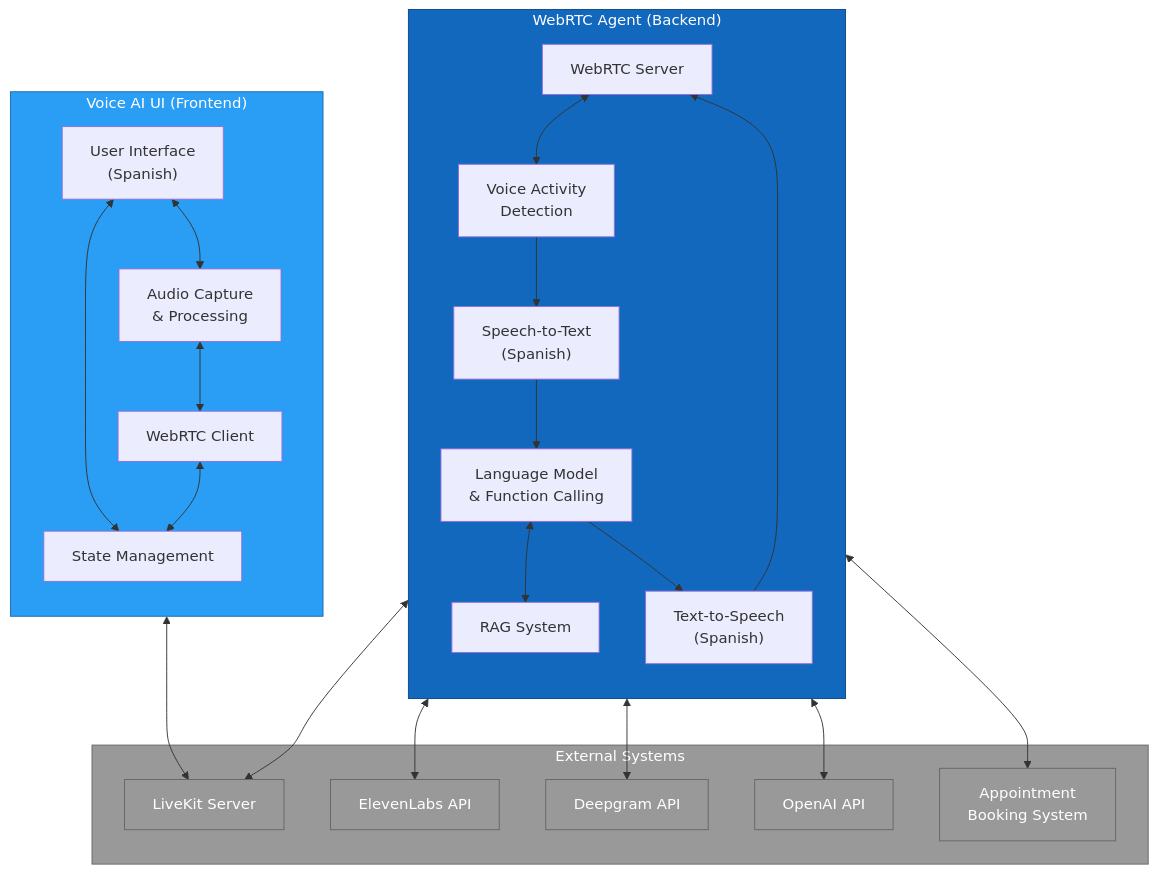
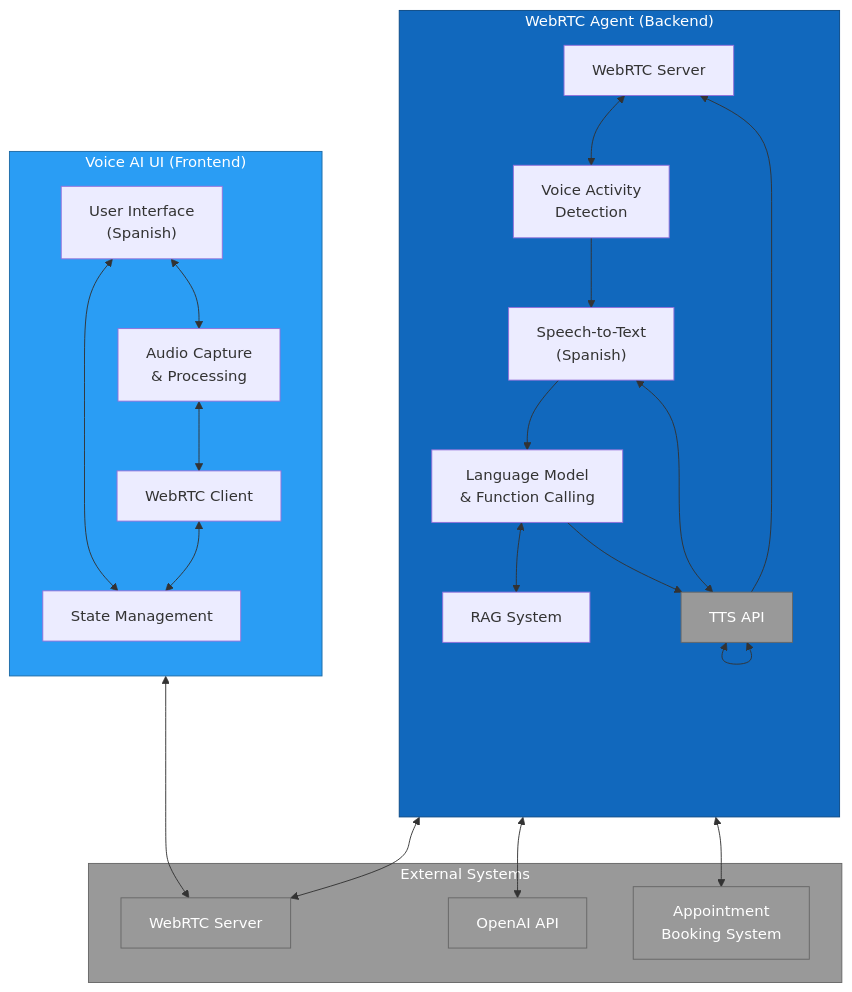
The first of 3 diagrams in docs/architecture/integration/2.5_System_Integration.md (geniaops/TainaDocs), drawn with Mermaid before and after one commit. The commit also changed other lines of this file and 17 other files, not shown here.

````diff
--- a/docs/architecture/integration/2.5_System_Integration.md
+++ b/docs/architecture/integration/2.5_System_Integration.md
@@ -13,59 +13,59 @@
 ```mermaid
 flowchart TD
     %% Main Components
     subgraph Frontend["Voice AI UI (Frontend)"]
         direction TB
         UI["User Interface\n(Spanish)"]
         WebRTCClient["WebRTC Client"]
         AudioCapture["Audio Capture\n& Processing"]
         UIState["State Management"]
         
         UI <--> UIState
         UI <--> AudioCapture
         AudioCapture <--> WebRTCClient
         WebRTCClient <--> UIState
     end
     
     subgraph Backend["WebRTC Agent (Backend)"]
         direction TB
         WebRTCServer["WebRTC Server"]
         VAD["Voice Activity\nDetection"]
         STT["Speech-to-Text\n(Spanish)"]
         LLM["Language Model\n& Function Calling"]
         TTS["Text-to-Speech\n(Spanish)"]
         RAG["RAG System"]
         
         WebRTCServer <--> VAD
         VAD --> STT
         STT --> LLM
         LLM <--> RAG
         LLM --> TTS
         TTS --> WebRTCServer
     end
     
     %% External Systems
     subgraph ExternalSystems["External Systems"]
-        LiveKit["LiveKit Server"]
-        ElevenLabs["ElevenLabs API"]
-        Deepgram["Deepgram API"]
+        WebRTC["WebRTC Server"]
+        TTS["TTS API"]
+        TTS["TTS API"]
         OpenAI["OpenAI API"]
         AppointmentSystem["Appointment\nBooking System"]
     end
     
     %% Integration Points
-    WebRTCClient <--> LiveKit
-    WebRTCServer <--> LiveKit
-    TTS <--> ElevenLabs
-    STT <--> Deepgram
+    WebRTCClient <--> WebRTC
+    WebRTCServer <--> WebRTC
+    TTS <--> TTS
+    STT <--> TTS
     LLM <--> OpenAI
     LLM <--> AppointmentSystem
     
     %% Styling
     classDef frontendClass fill:#2a9df4,stroke:#1c6aa6,color:white
     classDef backendClass fill:#1168bd,stroke:#0b4884,color:white
     classDef externalClass fill:#999999,stroke:#666666,color:white
     
     class Frontend frontendClass
     class Backend backendClass
-    class ExternalSystems,LiveKit,ElevenLabs,Deepgram,OpenAI,AppointmentSystem externalClass
+    class ExternalSystems,WebRTC,TTS,TTS,OpenAI,AppointmentSystem externalClass
 ```
````
